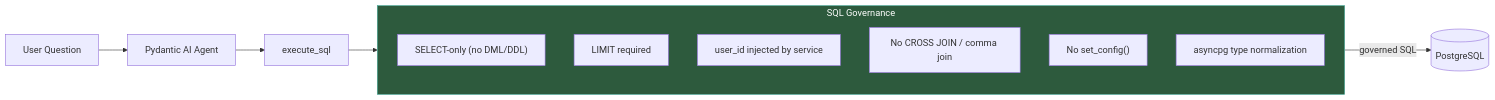
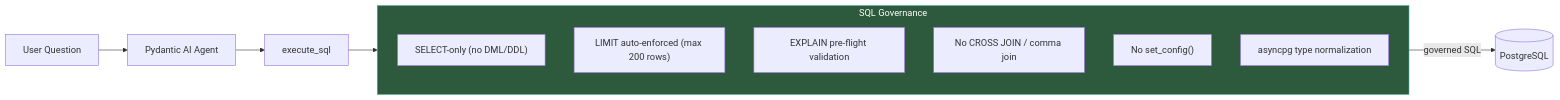
Before and after one commit to maxibove13/finance-query-agent: the fourth of 7 diagrams in README.md, drawn with Mermaid. The commit also changed other lines of this file and 32 other files, not shown here.

First line of the commit message:
feat: dynamic schema from SSM + connection pooling + conversation versioning [MPI-209]

````diff
--- a/README.md
+++ b/README.md
@@ -120,22 +120,22 @@
 ```mermaid
 graph LR
     Q[User Question] --> AGENT[Pydantic AI Agent]
 
     AGENT --> T1[execute_sql]
 
     T1 --> GOV
 
     subgraph GOV["SQL Governance"]
         direction TB
         R1["SELECT-only (no DML/DDL)"]
-        R2["LIMIT required"]
-        R3["user_id injected by service"]
+        R2["LIMIT auto-enforced (max 200 rows)"]
+        R3["EXPLAIN pre-flight validation"]
         R4["No CROSS JOIN / comma join"]
         R5["No set_config()"]
         R6["asyncpg type normalization"]
     end
 
     GOV -->|"governed SQL"| DB[(PostgreSQL)]
 
     style GOV fill:#2d5a3d,stroke:#4a9,color:#fff
 ```
````
